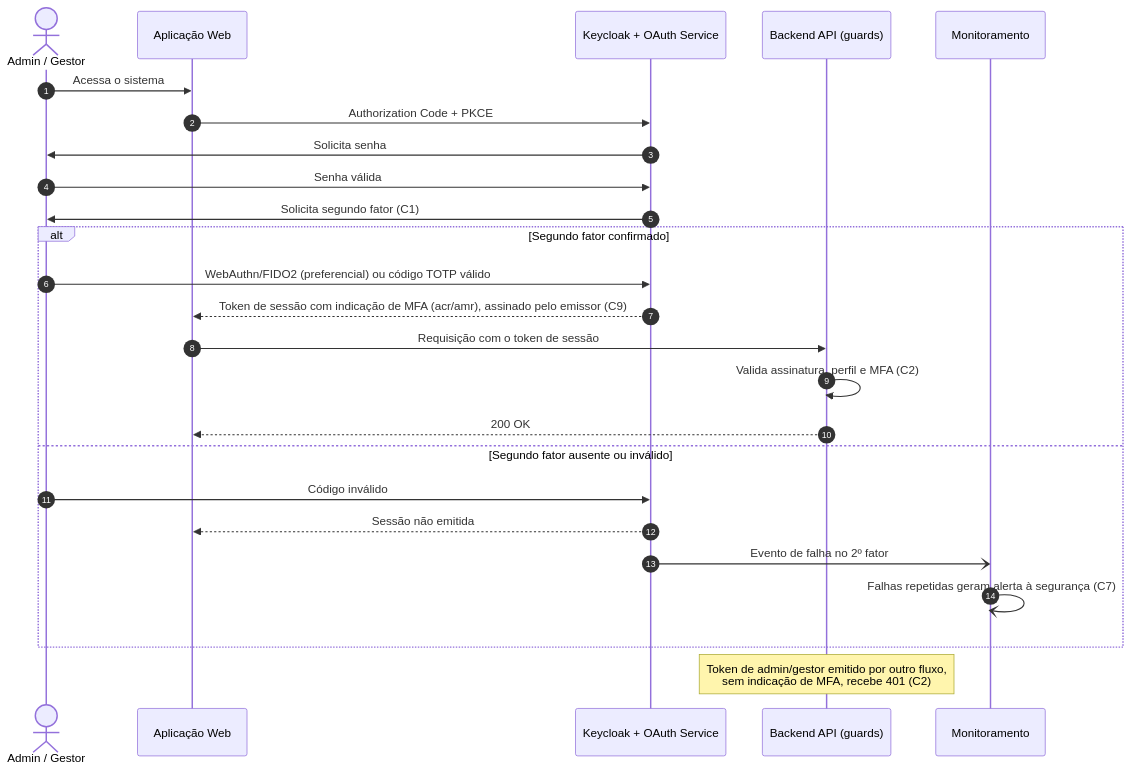
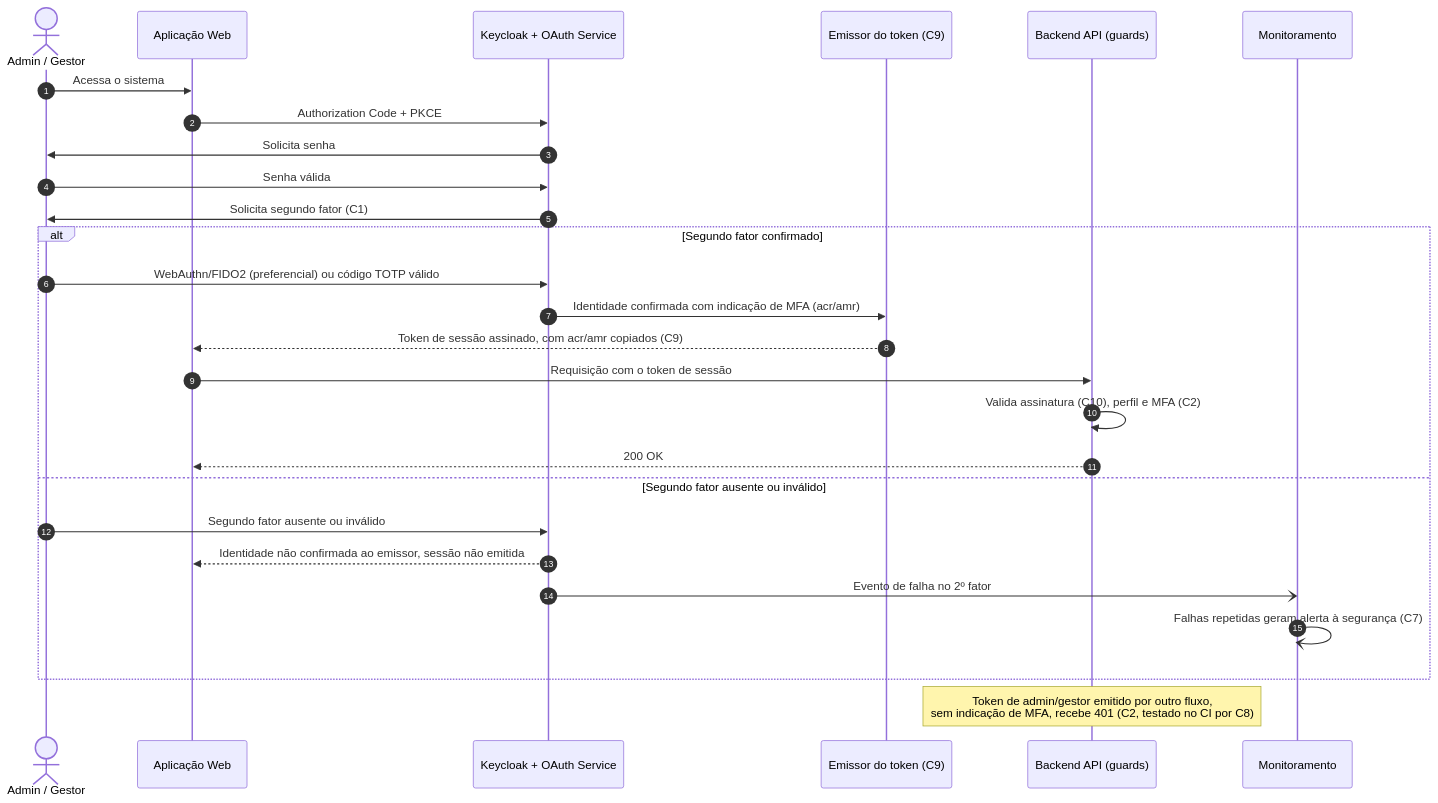
The second of 9 diagrams in docs/etapa-3/etapa-3-diagrama.md (MarlonBrendonx/secure-software-engineering-project), drawn with Mermaid before and after one commit. The commit also changed other lines of this file and 4 other files, not shown here.

First line of the commit message:
Etapa 3: corrige inconsistências entre requisitos, decisões e diagrama

````diff
--- a/docs/etapa-3/etapa-3-diagrama.md
+++ b/docs/etapa-3/etapa-3-diagrama.md
@@ -145,28 +152,30 @@
 ```mermaid
 sequenceDiagram
     autonumber
     actor U as Admin / Gestor
     participant SPA as Aplicação Web
     participant KC as Keycloak + OAuth Service
+    participant ISS as Emissor do token (C9)
     participant API as Backend API (guards)
     participant MON as Monitoramento
 
     U->>SPA: Acessa o sistema
     SPA->>KC: Authorization Code + PKCE
     KC->>U: Solicita senha
     U->>KC: Senha válida
     KC->>U: Solicita segundo fator (C1)
     alt Segundo fator confirmado
         U->>KC: WebAuthn/FIDO2 (preferencial) ou código TOTP válido
-        KC-->>SPA: Token de sessão com indicação de MFA (acr/amr), assinado pelo emissor (C9)
+        KC->>ISS: Identidade confirmada com indicação de MFA (acr/amr)
+        ISS-->>SPA: Token de sessão assinado, com acr/amr copiados (C9)
         SPA->>API: Requisição com o token de sessão
-        API->>API: Valida assinatura, perfil e MFA (C2)
+        API->>API: Valida assinatura (C10), perfil e MFA (C2)
         API-->>SPA: 200 OK
     else Segundo fator ausente ou inválido
-        U->>KC: Código inválido
-        KC-->>SPA: Sessão não emitida
+        U->>KC: Segundo fator ausente ou inválido
+        KC-->>SPA: Identidade não confirmada ao emissor, sessão não emitida
         KC-)MON: Evento de falha no 2º fator
         MON-)MON: Falhas repetidas geram alerta à segurança (C7)
     end
-    Note over API: Token de admin/gestor emitido por outro fluxo,<br/>sem indicação de MFA, recebe 401 (C2)
+    Note over API: Token de admin/gestor emitido por outro fluxo,<br/>sem indicação de MFA, recebe 401 (C2, testado no CI por C8)
 ```
````
